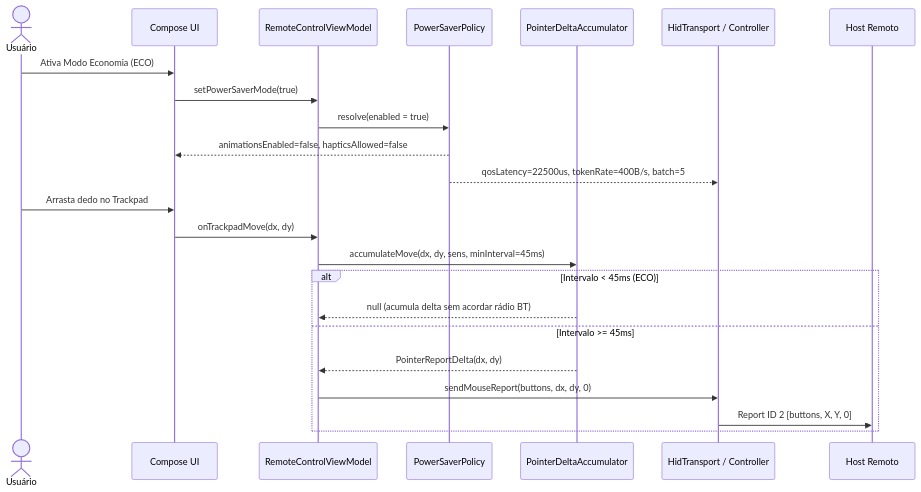
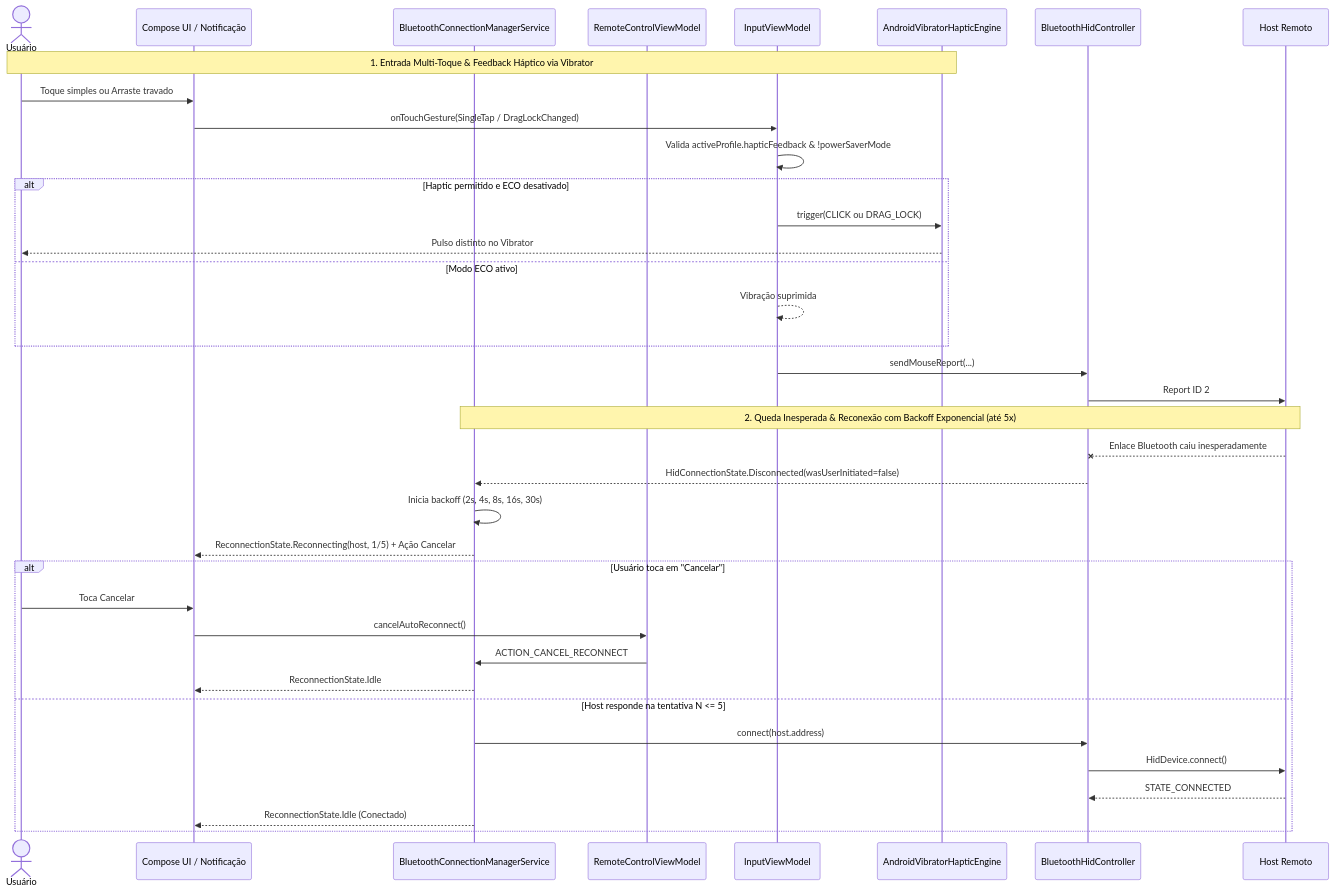
The third of 3 diagrams in README.md (smarttargetdev/airdeck), drawn with Mermaid before and after one commit. The commit also changed other lines of this file and 94 other files, not shown here.

````diff
--- a/README.md
+++ b/README.md
@@ -133,27 +172,41 @@
 ```mermaid
 sequenceDiagram
     actor User as Usuário
-    participant UI as Compose UI
-    participant VM as RemoteControlViewModel
-    participant Eco as PowerSaverPolicy
-    participant Acc as PointerDeltaAccumulator
-    participant BT as HidTransport / Controller
+    participant UI as Compose UI / Notificação
+    participant Service as BluetoothConnectionManagerService
+    participant RVM as RemoteControlViewModel
+    participant IVM as InputViewModel
+    participant Vib as AndroidVibratorHapticEngine
+    participant BT as BluetoothHidController
     participant Host as Host Remoto
 
-    User->>UI: Ativa Modo Economia (ECO)
-    UI->>VM: setPowerSaverMode(true)
-    VM->>Eco: resolve(enabled = true)
-    Eco-->>UI: animationsEnabled=false, hapticsAllowed=false
-    Eco-->>BT: qosLatency=22500us, tokenRate=400B/s, batch=5
+    Note over User,Vib: 1. Entrada Multi-Toque & Feedback Háptico via Vibrator
+    User->>UI: Toque simples ou Arraste travado
+    UI->>IVM: onTouchGesture(SingleTap / DragLockChanged)
+    IVM->>IVM: Valida activeProfile.hapticFeedback & !powerSaverMode
+    alt Haptic permitido e ECO desativado
+        IVM->>Vib: trigger(CLICK ou DRAG_LOCK)
+        Vib-->>User: Pulso distinto no Vibrator
+    else Modo ECO ativo
+        IVM-->>IVM: Vibração suprimida
+    end
+    IVM->>BT: sendMouseReport(...)
+    BT->>Host: Report ID 2
 
-    User->>UI: Arrasta dedo no Trackpad
-    UI->>VM: onTrackpadMove(dx, dy)
-    VM->>Acc: accumulateMove(dx, dy, sens, minInterval=45ms)
-    alt Intervalo < 45ms (ECO)
-        Acc-->>VM: null (acumula delta sem acordar rádio BT)
-    else Intervalo >= 45ms
-        Acc-->>VM: PointerReportDelta(dx, dy)
-        VM->>BT: sendMouseReport(buttons, dx, dy, 0)
-        BT->>Host: Report ID 2 [buttons, X, Y, 0]
+    Note over Service,Host: 2. Queda Inesperada & Reconexão com Backoff Exponencial (até 5x)
+    Host--xBT: Enlace Bluetooth caiu inesperadamente
+    BT-->>Service: HidConnectionState.Disconnected(wasUserInitiated=false)
+    Service->>Service: Inicia backoff (2s, 4s, 8s, 16s, 30s)
+    Service-->>UI: ReconnectionState.Reconnecting(host, 1/5) + Ação Cancelar
+    alt Usuário toca em "Cancelar"
+        User->>UI: Toca Cancelar
+        UI->>RVM: cancelAutoReconnect()
+        RVM->>Service: ACTION_CANCEL_RECONNECT
+        Service-->>UI: ReconnectionState.Idle
+    else Host responde na tentativa N <= 5
+        Service->>BT: connect(host.address)
+        BT->>Host: HidDevice.connect()
+        Host-->>BT: STATE_CONNECTED
+        Service-->>UI: ReconnectionState.Idle (Conectado)
     end
 ```
````
